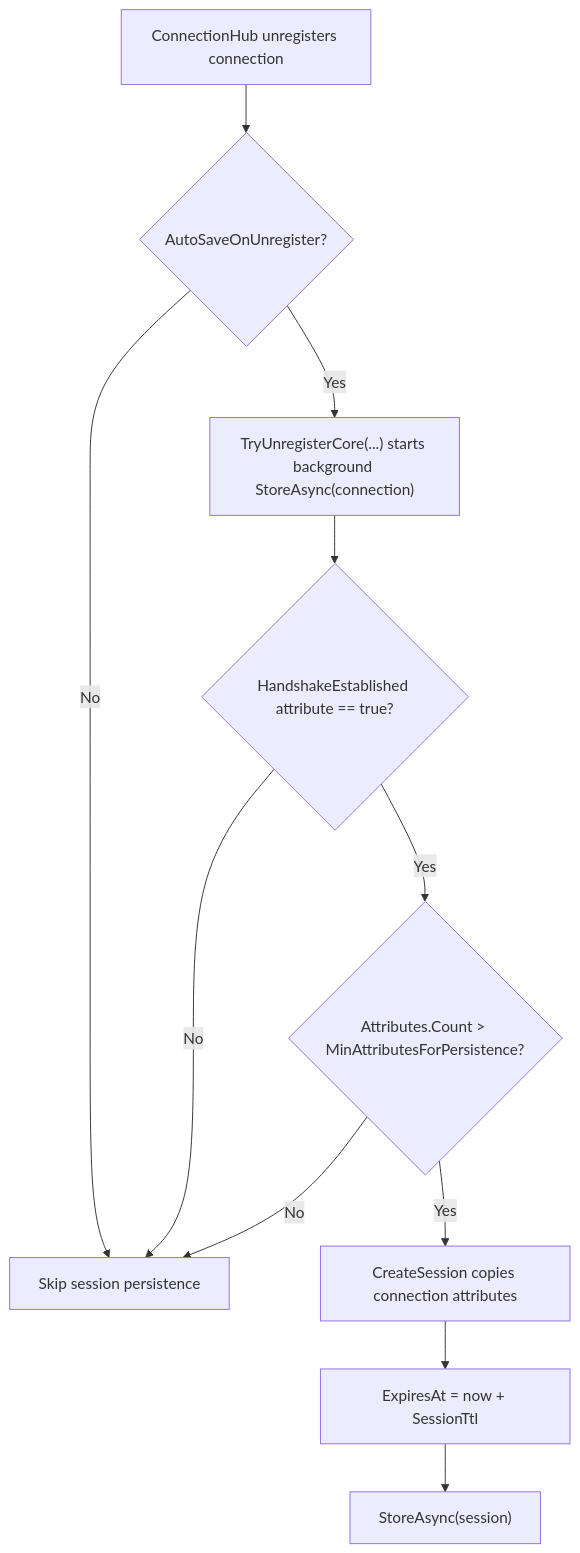
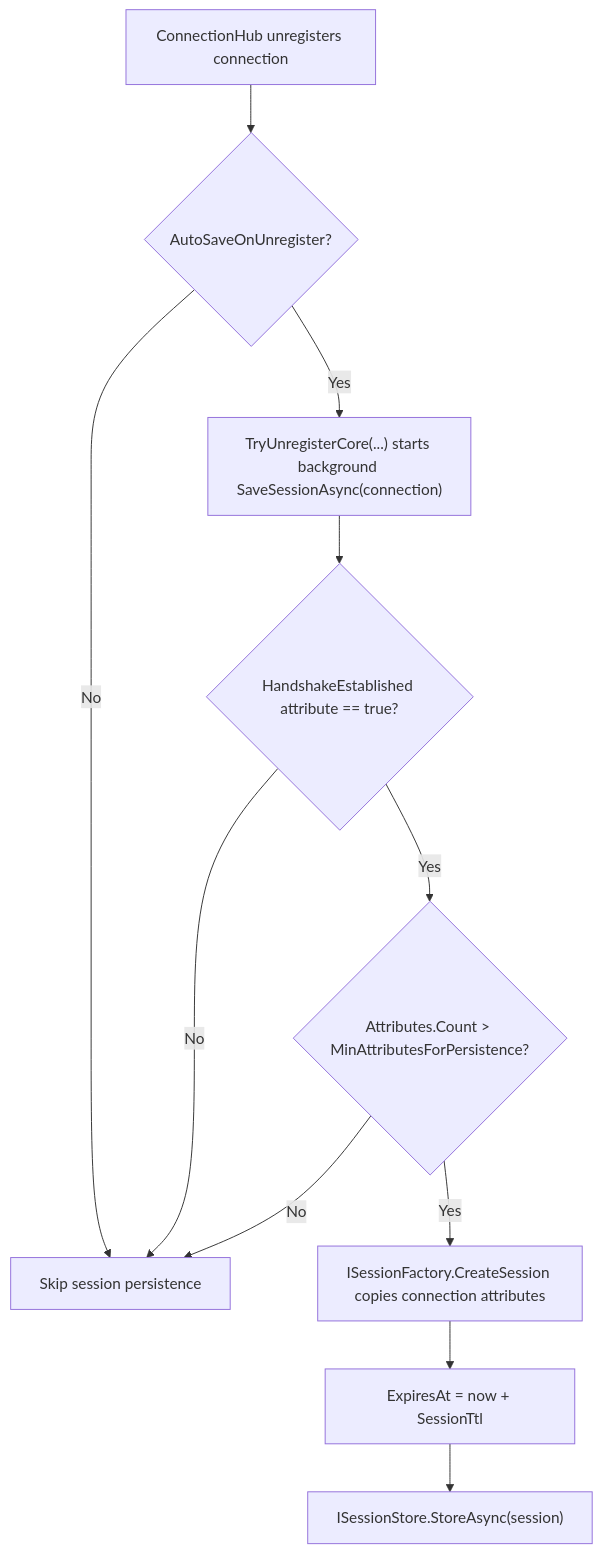
Before and after one commit to ppn-systems/Nalix: the diagram in docs/api/options/network/session-store-options.md, drawn with Mermaid. The commit also changed other lines of this file and 14 other files, not shown here.

````diff
--- a/docs/api/options/network/session-store-options.md
+++ b/docs/api/options/network/session-store-options.md
@@ -37,13 +37,13 @@
 ```mermaid
 flowchart TD
     A["ConnectionHub unregisters connection"] --> B{"AutoSaveOnUnregister?"}
     B -->|No| Z["Skip session persistence"]
-    B -->|Yes| C["TryUnregisterCore(...) starts background StoreAsync(connection)"]
+    B -->|Yes| C["TryUnregisterCore(...) starts background SaveSessionAsync(connection)"]
     C --> D{"HandshakeEstablished attribute == true?"}
     D -->|No| Z
     D -->|Yes| E{"Attributes.Count > MinAttributesForPersistence?"}
     E -->|No| Z
-    E -->|Yes| F["CreateSession copies connection attributes"]
+    E -->|Yes| F["ISessionFactory.CreateSession copies connection attributes"]
     F --> G["ExpiresAt = now + SessionTtl"]
-    G --> H["StoreAsync(session)"]
+    G --> H["ISessionStore.StoreAsync(session)"]
 ```
````
